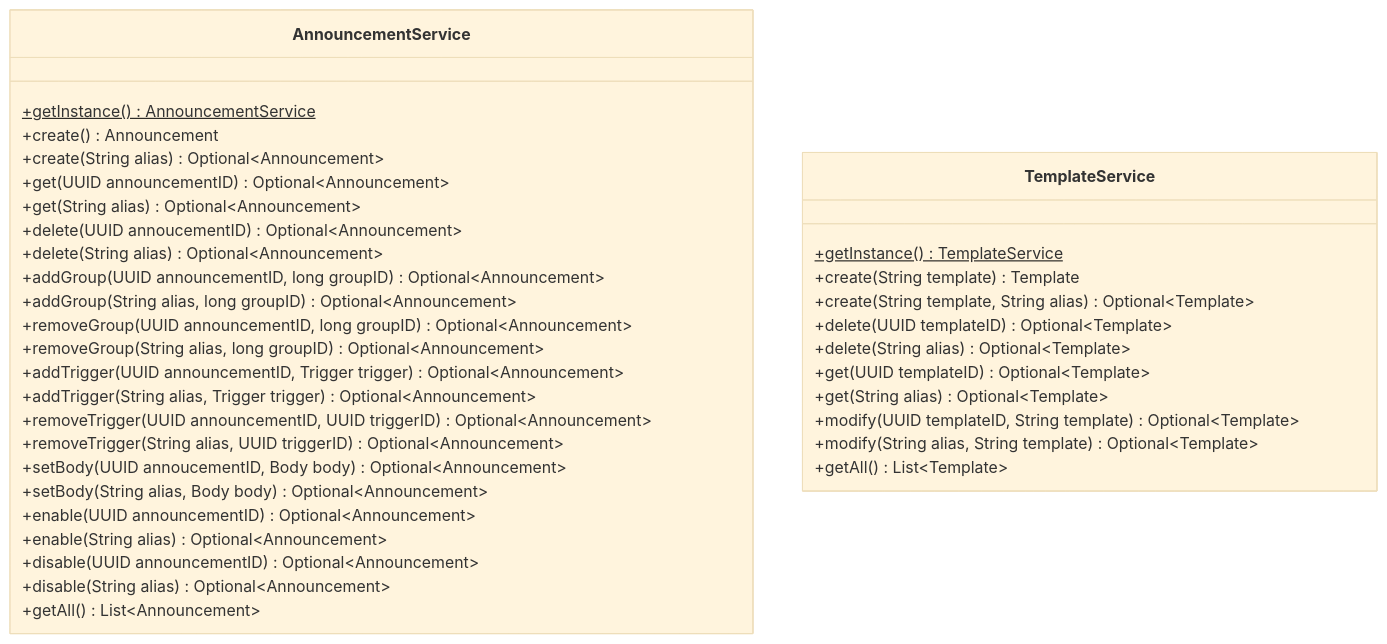
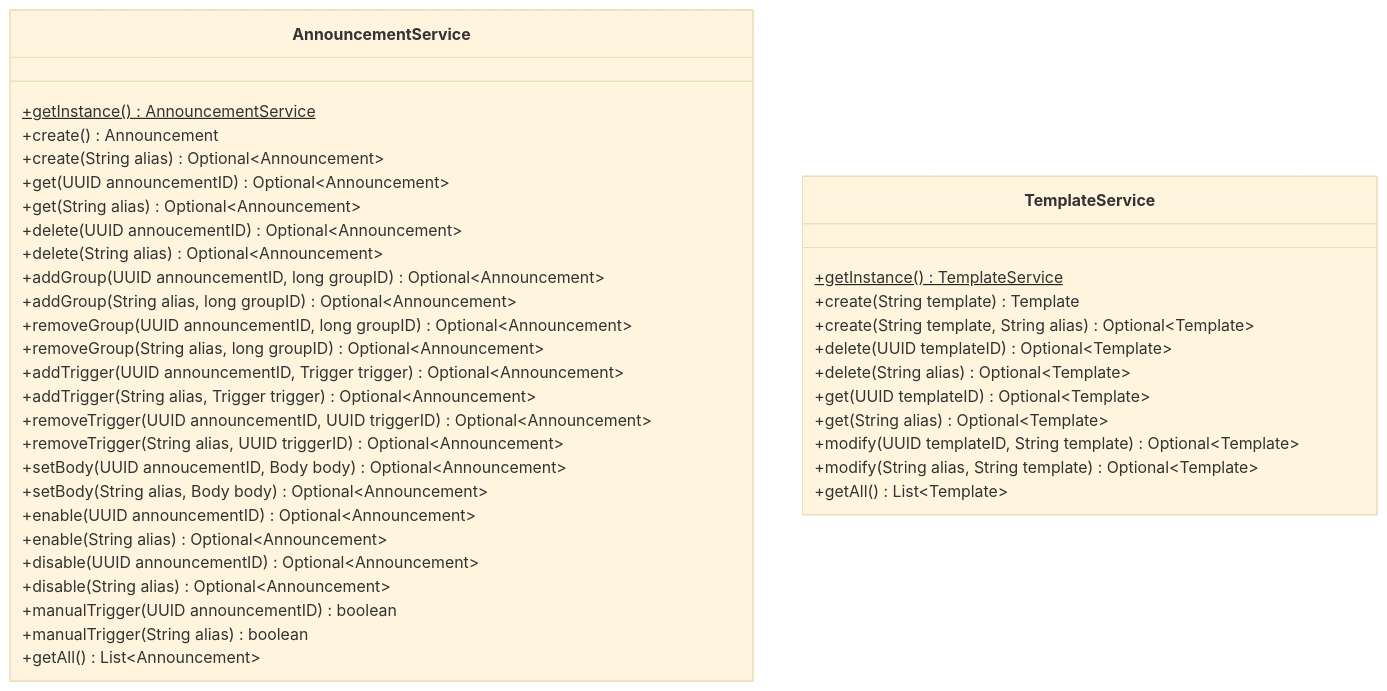
One commit to nanoyou/MaidNana changed the third of 3 diagrams in docs/class-diagram.md. Above: the diagram before and after it, drawn with Mermaid (base theme). The commit also changed 4 other files, not shown here.

````diff
--- a/docs/class-diagram.md
+++ b/docs/class-diagram.md
@@ -76,41 +76,43 @@
 ```mermaid
 classDiagram
 class AnnouncementService {
     +getInstance()$ AnnouncementService
     
     +create() Announcement
     +create(String alias) Optional~Announcement~
     +get(UUID announcementID) Optional~Announcement~
     +get(String alias) Optional~Announcement~
     +delete(UUID annoucementID) Optional~Announcement~
     +delete(String alias) Optional~Announcement~
     +addGroup(UUID announcementID, long groupID) Optional~Announcement~
     +addGroup(String alias, long groupID) Optional~Announcement~
     +removeGroup(UUID announcementID, long groupID) Optional~Announcement~
     +removeGroup(String alias, long groupID) Optional~Announcement~
     +addTrigger(UUID announcementID, Trigger trigger) Optional~Announcement~
     +addTrigger(String alias, Trigger trigger) Optional~Announcement~
     +removeTrigger(UUID announcementID, UUID triggerID) Optional~Announcement~
     +removeTrigger(String alias, UUID triggerID) Optional~Announcement~
     +setBody(UUID annoucementID, Body body) Optional~Announcement~
     +setBody(String alias, Body body) Optional~Announcement~
     +enable(UUID announcementID) Optional~Announcement~
     +enable(String alias) Optional~Announcement~
     +disable(UUID announcementID) Optional~Announcement~
     +disable(String alias) Optional~Announcement~
+    +manualTrigger(UUID announcementID) boolean
+    +manualTrigger(String alias) boolean
     +getAll() List~Announcement~
 }
 class TemplateService {
     +getInstance()$ TemplateService
     
     +create(String template) Template
     +create(String template, String alias) Optional~Template~
     +delete(UUID templateID) Optional~Template~
     +delete(String alias) Optional~Template~
     +get(UUID templateID) Optional~Template~
     +get(String alias) Optional~Template~
     +modify(UUID templateID, String template) Optional~Template~
     +modify(String alias, String template) Optional~Template~
     +getAll() List~Template~
 }
 ```
````
